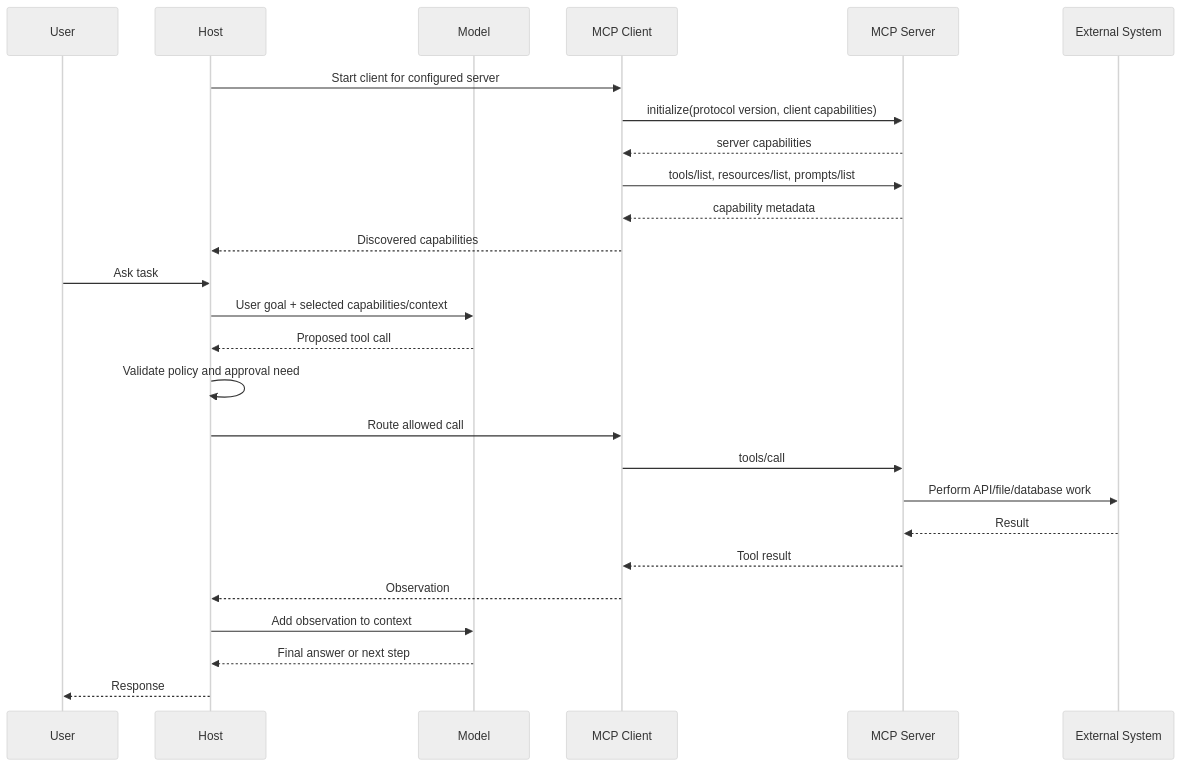
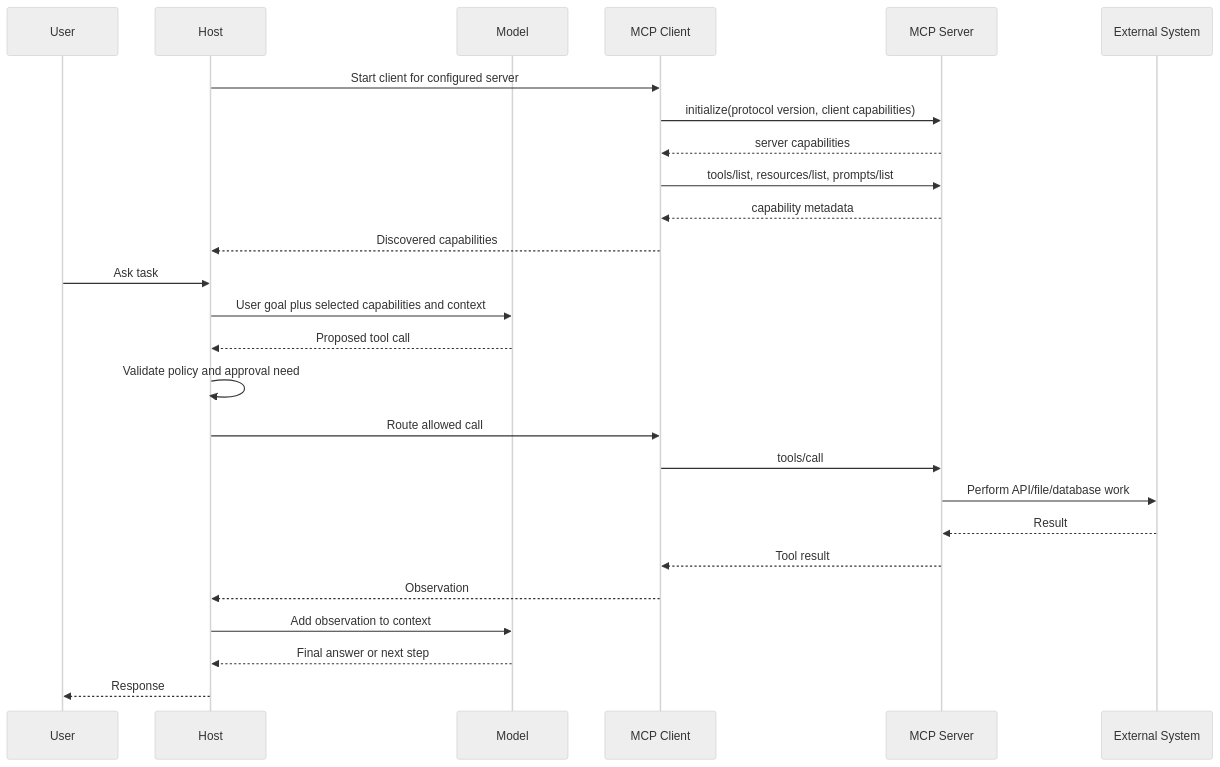
Before and after one commit to AceronX/ai-agent-roadmap: the fifth of 6 diagrams in docs/stages/06-mcp/mcp-hosts-clients-servers/index.md, drawn with Mermaid (neutral theme). The commit also changed other lines of this file, not shown here.

````diff
--- a/docs/stages/06-mcp/mcp-hosts-clients-servers/index.md
+++ b/docs/stages/06-mcp/mcp-hosts-clients-servers/index.md
@@ -549,29 +549,29 @@
 ```mermaid
 sequenceDiagram
     participant U as User
     participant H as Host
     participant M as Model
     participant C as MCP Client
     participant S as MCP Server
     participant X as External System
 
     H->>C: Start client for configured server
     C->>S: initialize(protocol version, client capabilities)
     S-->>C: server capabilities
     C->>S: tools/list, resources/list, prompts/list
     S-->>C: capability metadata
     C-->>H: Discovered capabilities
     U->>H: Ask task
-    H->>M: User goal + selected capabilities/context
+    H->>M: User goal plus selected capabilities and context
     M-->>H: Proposed tool call
     H->>H: Validate policy and approval need
     H->>C: Route allowed call
     C->>S: tools/call
     S->>X: Perform API/file/database work
     X-->>S: Result
     S-->>C: Tool result
     C-->>H: Observation
     H->>M: Add observation to context
     M-->>H: Final answer or next step
     H-->>U: Response
 ```
````
